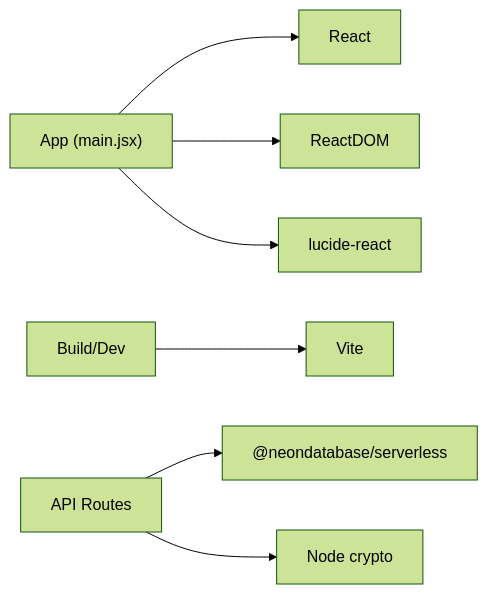
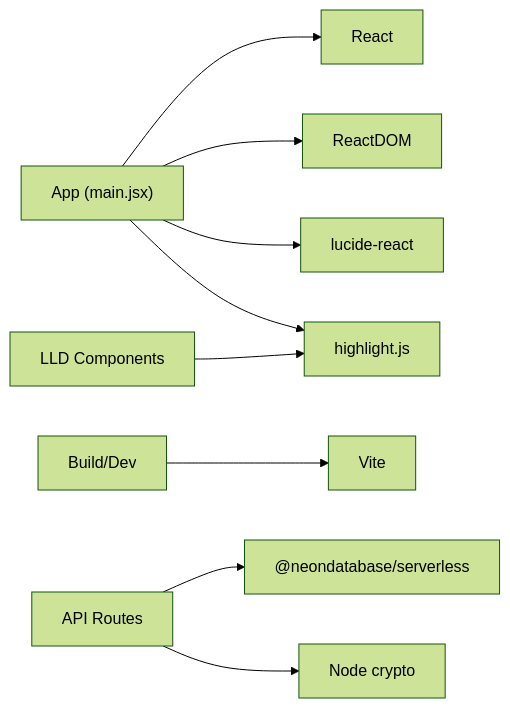
Before and after one commit to iamrituraj/DSA-Tracker: the seventh of 7 diagrams in .qoder/repowiki/en/content/Frontend Application/Application Architecture.md, drawn with Mermaid (forest theme). The commit also changed other lines of this file and 15 other files, not shown here.

First line of the commit message:
Upgrade LLD Lab to SDE-2 depth with UML and playground sims

````diff
--- a/.qoder/repowiki/en/content/Frontend Application/Application Architecture.md
+++ b/.qoder/repowiki/en/content/Frontend Application/Application Architecture.md
@@ -266,15 +351,18 @@
 ```mermaid
 graph LR
 React["React"]
 ReactDOM["ReactDOM"]
 Lucide["lucide-react"]
 Vite["Vite"]
 Neon["@neondatabase/serverless"]
 Crypto["Node crypto"]
+Highlight["highlight.js"]
 App["App (main.jsx)"] --> React
 App --> ReactDOM
 App --> Lucide
+App --> Highlight
 Build["Build/Dev"] --> Vite
 API["API Routes"] --> Neon
 API --> Crypto
+LLD["LLD Components"] --> Highlight
 ```
````
